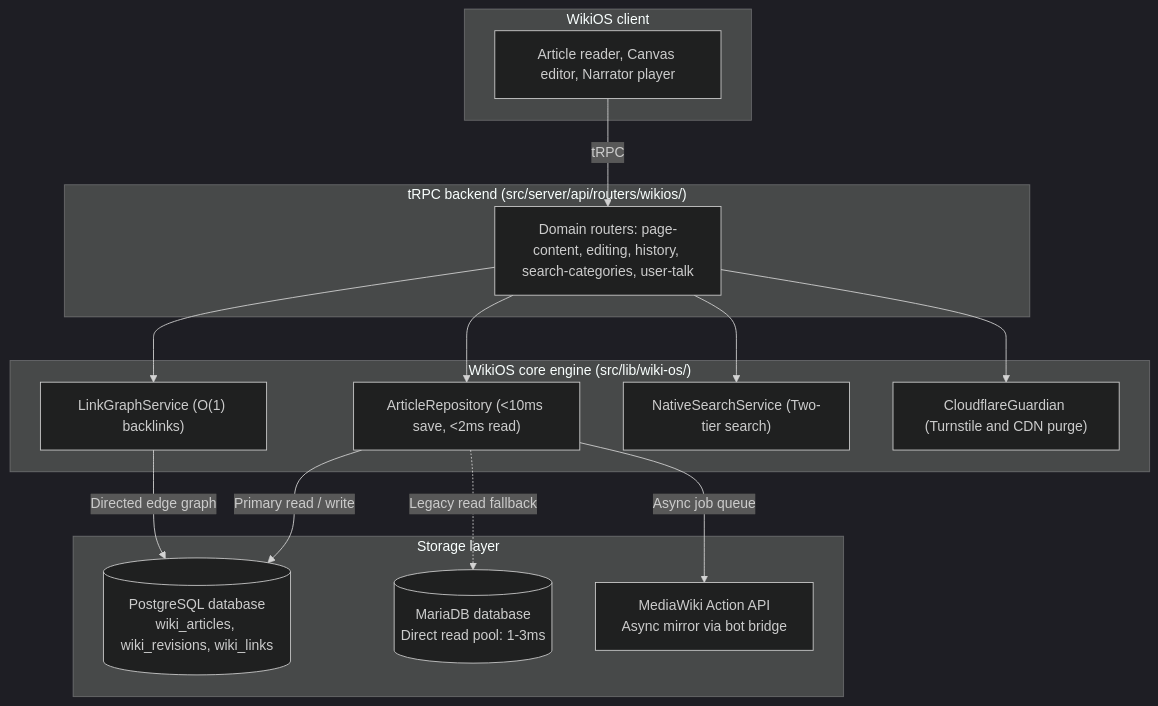
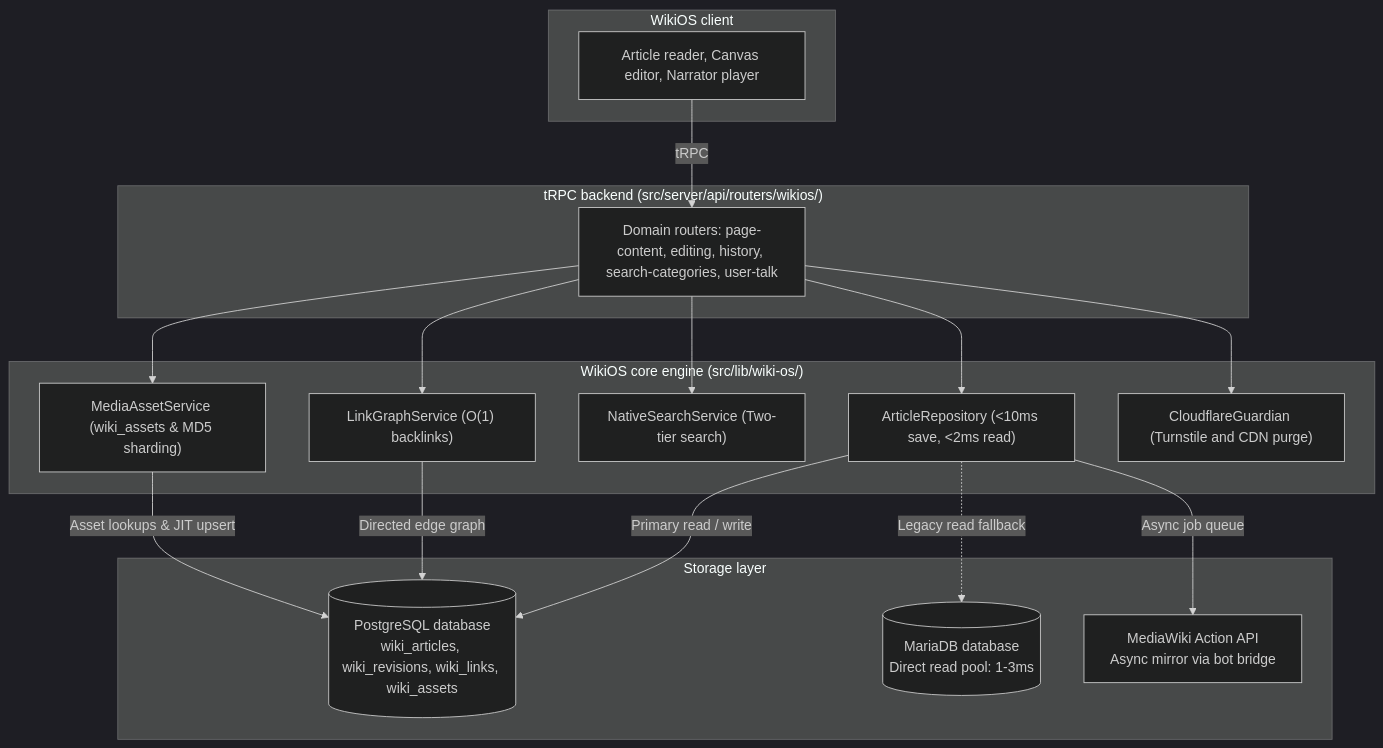
The diagram in docs/systems/wikios/WIKIOS.md (algolds/ixstats), drawn with Mermaid (dark theme) before and after one commit. The commit also changed other lines of this file and 210 other files, not shown here.

Commit message:
feat: overhaul WikiOS architecture with new sync services, passport components, and improved MediaWiki bridge integration.

````diff
--- a/docs/systems/wikios/WIKIOS.md
+++ b/docs/systems/wikios/WIKIOS.md
@@ -25,34 +26,37 @@
 ```mermaid
 flowchart TD
     subgraph "WikiOS client"
         UI["Article reader, Canvas editor, Narrator player"]
     end
 
     subgraph "tRPC backend (src/server/api/routers/wikios/)"
         Routers["Domain routers: page-content, editing, history, search-categories, user-talk"]
     end
 
     subgraph "WikiOS core engine (src/lib/wiki-os/)"
         Repo["ArticleRepository (<10ms save, <2ms read)"]
         LinkGraph["LinkGraphService (O(1) backlinks)"]
         Search["NativeSearchService (Two-tier search)"]
+        Media["MediaAssetService (wiki_assets & MD5 sharding)"]
         Guardian["CloudflareGuardian (Turnstile and CDN purge)"]
     end
 
     subgraph "Storage layer"
-        PG[("PostgreSQL database\nwiki_articles, wiki_revisions, wiki_links")]
+        PG[("PostgreSQL database\nwiki_articles, wiki_revisions, wiki_links, wiki_assets")]
         MariaDB[("MariaDB database\nDirect read pool: 1-3ms")]
         MediaWiki["MediaWiki Action API\nAsync mirror via bot bridge"]
     end
 
     UI -->|"tRPC"| Routers
     Routers --> Repo
     Routers --> LinkGraph
     Routers --> Search
+    Routers --> Media
     Routers --> Guardian
 
     Repo -->|"Primary read / write"| PG
     LinkGraph -->|"Directed edge graph"| PG
+    Media -->|"Asset lookups & JIT upsert"| PG
     Repo -.->|"Legacy read fallback"| MariaDB
     Repo -->|"Async job queue"| MediaWiki
 ```
````
